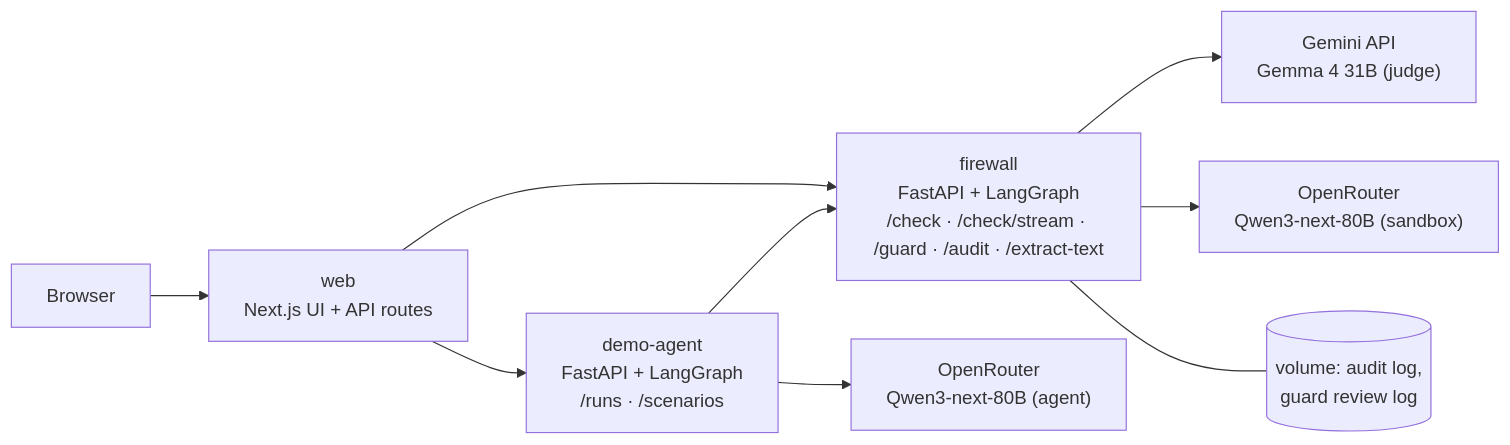
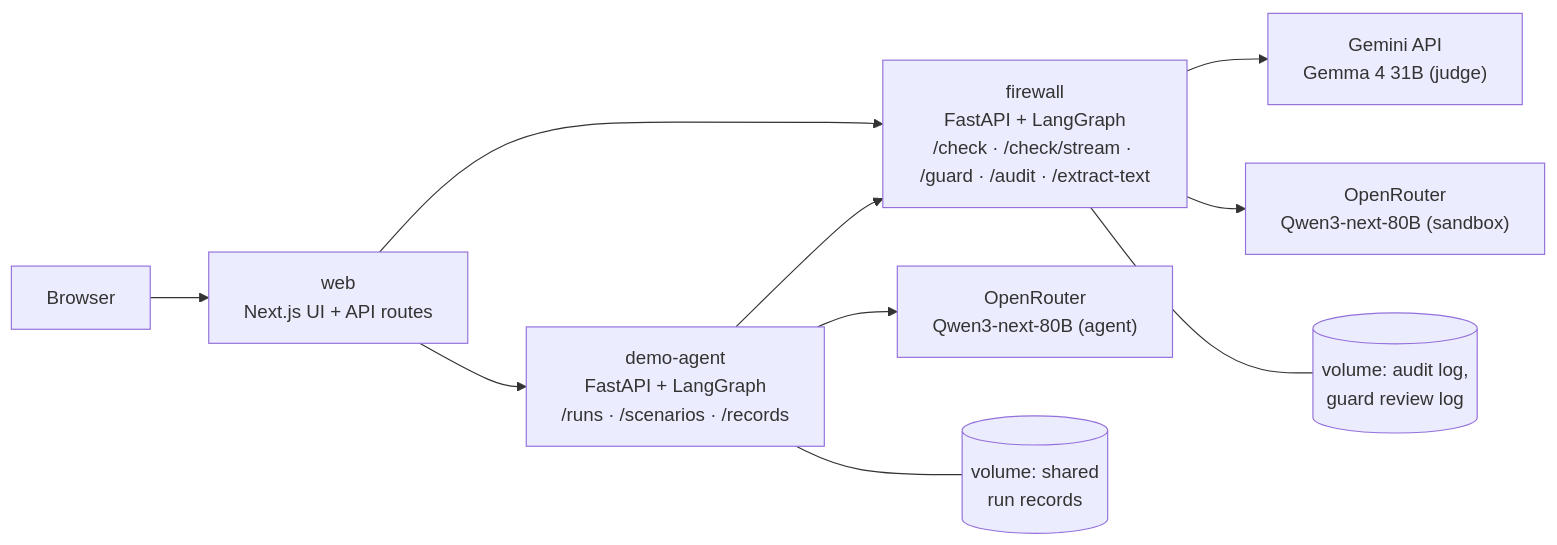
One commit to nippunrana/et-prompt-firewall changed the second of 3 diagrams in docs/architecture.md. Above: the diagram before and after it, drawn with Mermaid. The commit also changed other lines of this file and 11 other files, not shown here.

````diff
--- a/docs/architecture.md
+++ b/docs/architecture.md
@@ -28,11 +28,12 @@
 ```mermaid
 flowchart LR
     B["Browser"] --> W["web<br/>Next.js UI + API routes"]
     W --> F["firewall<br/>FastAPI + LangGraph<br/>/check · /check/stream · /guard · /audit · /extract-text"]
-    W --> A["demo-agent<br/>FastAPI + LangGraph<br/>/runs · /scenarios"]
+    W --> A["demo-agent<br/>FastAPI + LangGraph<br/>/runs · /scenarios · /records"]
     A --> F
     F --> G["Gemini API<br/>Gemma 4 31B (judge)"]
     F --> O["OpenRouter<br/>Qwen3-next-80B (sandbox)"]
     A --> O2["OpenRouter<br/>Qwen3-next-80B (agent)"]
     F --- V[("volume: audit log,<br/>guard review log")]
+    A --- R[("volume: shared<br/>run records")]
 ```
````
